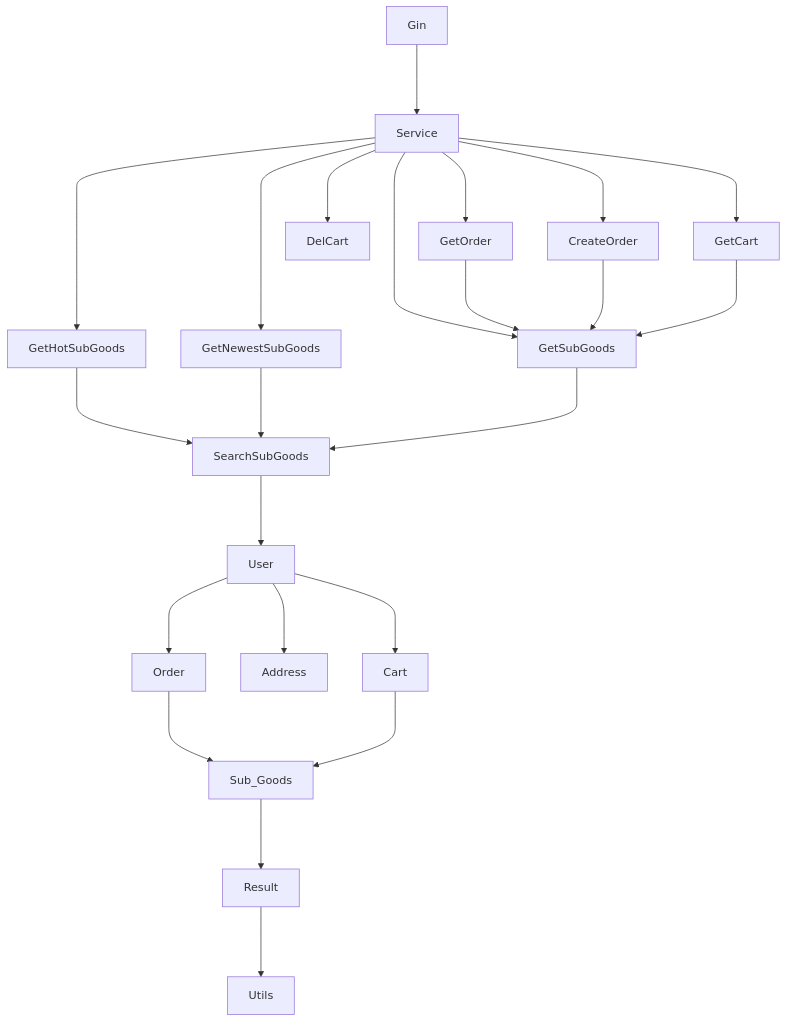
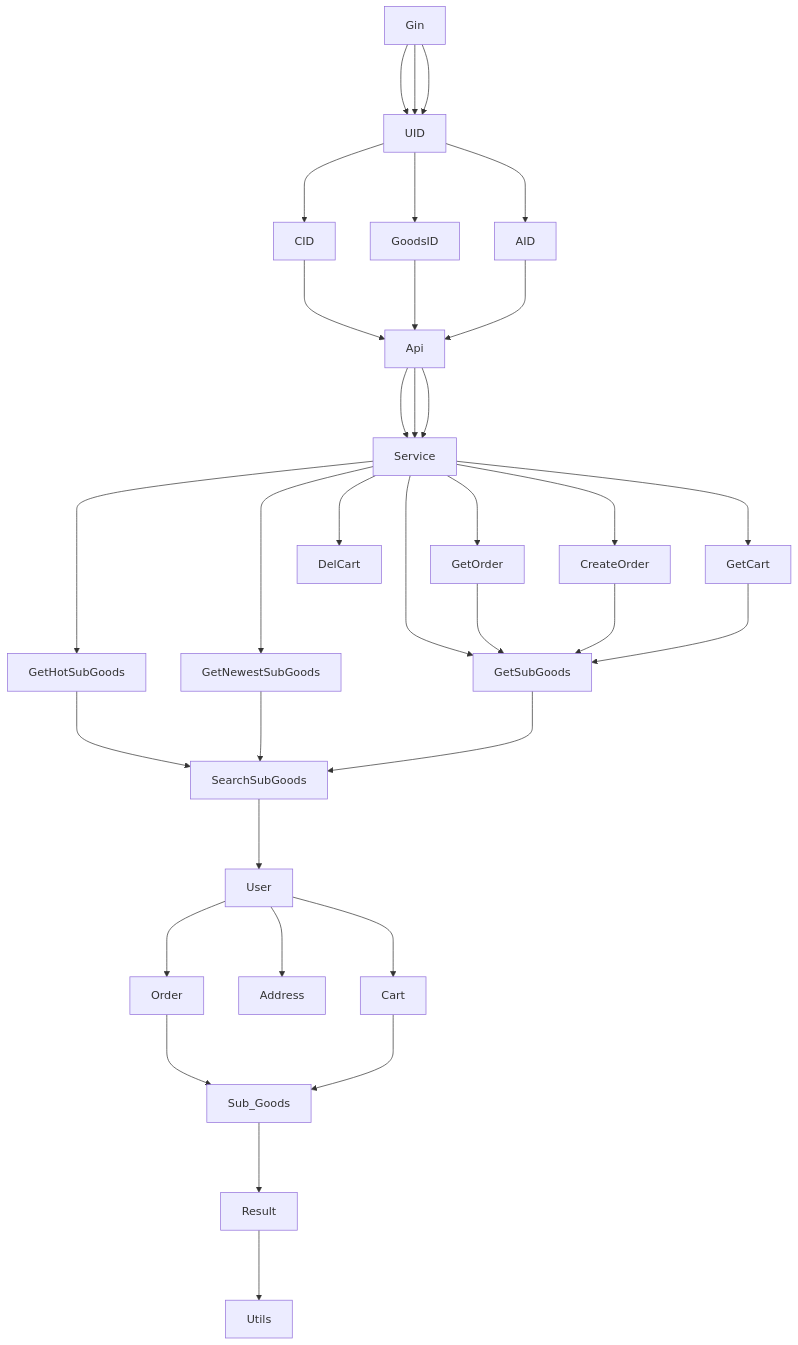
The diagram in document.md (blacknight2018/NFUShop), drawn with Mermaid before and after one commit. The commit also changed 18 other files, not shown here.

````diff
--- a/document.md
+++ b/document.md
@@ -1,25 +1,27 @@
 ```mermaid
 graph TB
     User--->Order
     User--->Address
     User--->Cart
     Order--->Sub_Goods
     Cart--->Sub_Goods
     Sub_Goods--->Result
     Result--->Utils
 
-    Gin--->Service
-
+    Gin--->UID--->CID--->Api--->Service
+    Gin--->UID--->GoodsID--->Api--->Service
+    Gin--->UID--->AID--->Api--->Service
+   
     
     Service--->GetHotSubGoods--->SearchSubGoods
     Service--->GetNewestSubGoods--->SearchSubGoods
     Service--->GetSubGoods--->SearchSubGoods
 
     Service--->GetOrder--->GetSubGoods
     Service--->CreateOrder--->GetSubGoods
     Service--->DelCart
     Service--->GetCart--->GetSubGoods
     SearchSubGoods--->User
     
 
 ```
````
